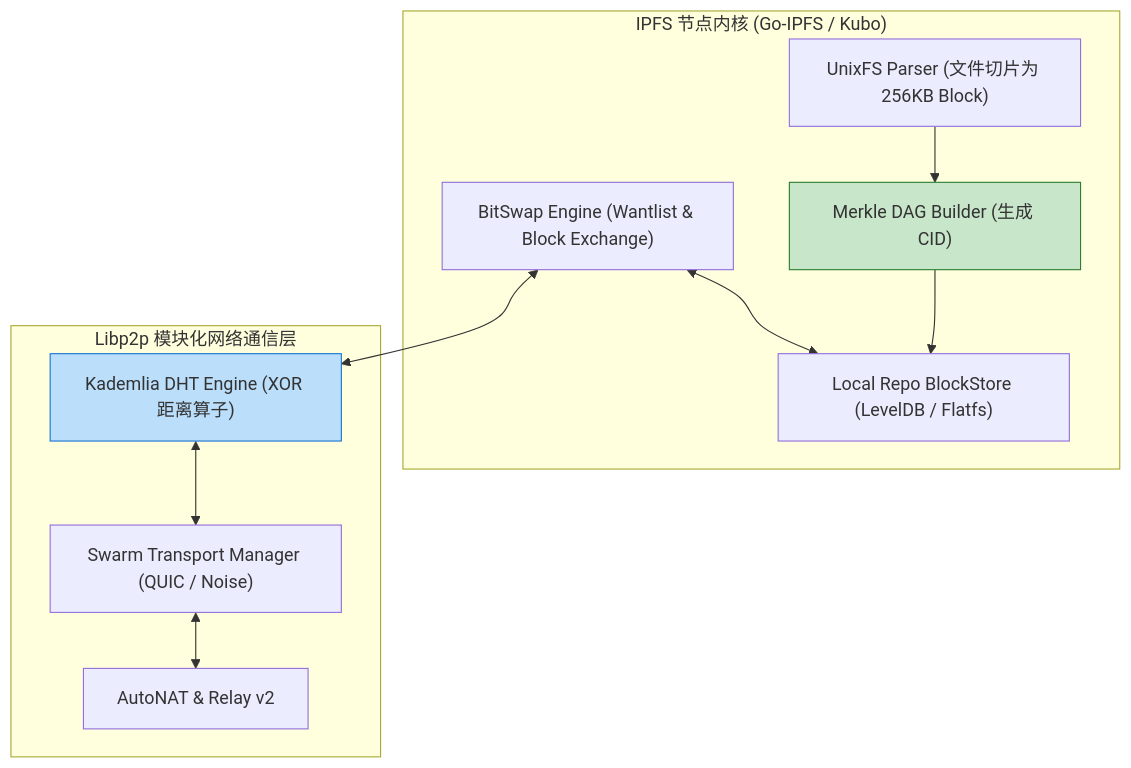
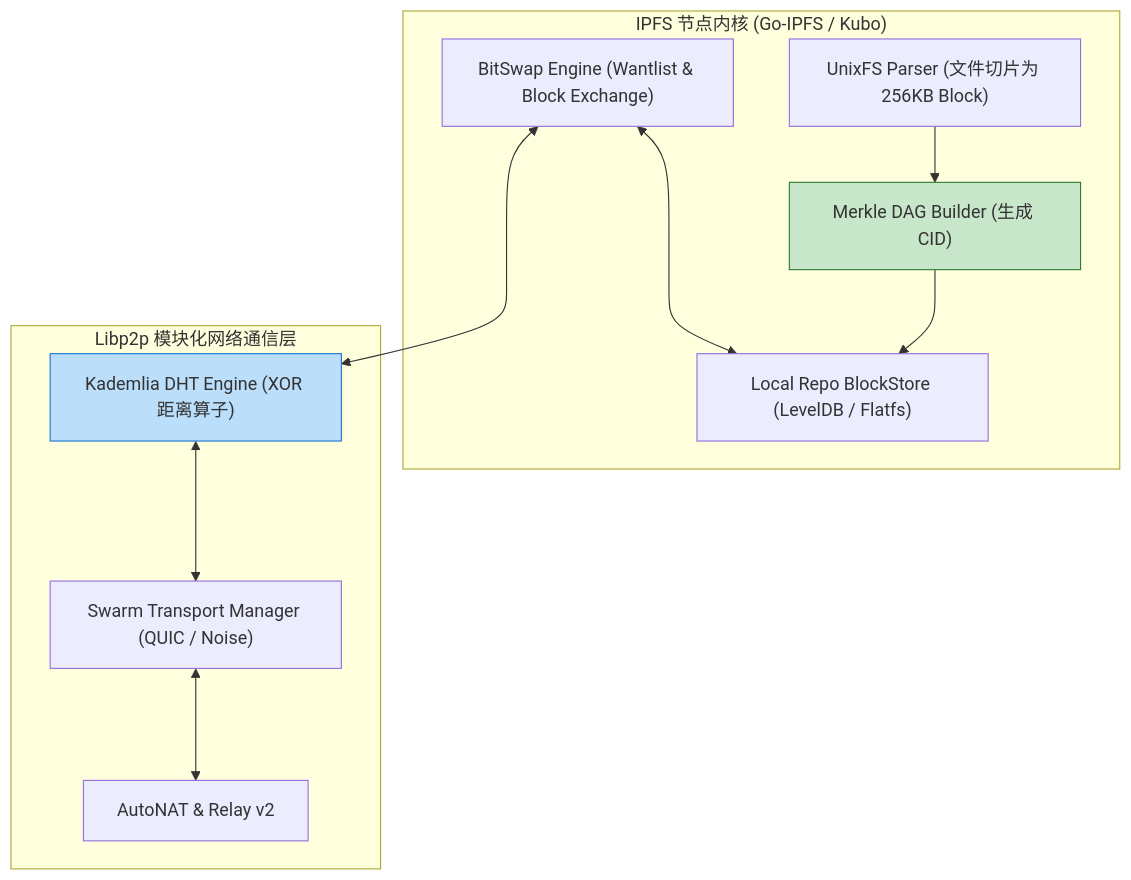
The fourth of 6 diagrams in docs/atlas/ipfs-libp2p.mdx (koosai/AI-Architect-Learning), drawn with Mermaid before and after one commit. The commit also changed other lines of this file and 68 other files, not shown here.

Commit message:
fix(atlas): fix browser client-side Mermaid rendering for mindmaps and flowcharts across 67 case studies

````diff
--- a/docs/atlas/ipfs-libp2p.mdx
+++ b/docs/atlas/ipfs-libp2p.mdx
@@ -125,25 +125,25 @@
 ```mermaid
 graph TB
   subgraph IPFSLocalNode["IPFS 节点内核 (Go-IPFS / Kubo)"]
     UnixFSParser["UnixFS Parser (文件切片为 256KB Block)"]
     MerkleTreeBuilder["Merkle DAG Builder (生成 CID)"]
     BitSwapEngine["BitSwap Engine (Wantlist & Block Exchange)"]
     RepoBlockStore["Local Repo BlockStore (LevelDB / Flatfs)"]
   end
 
   subgraph Libp2pNetworkStack["Libp2p 模块化网络通信层"]
     KadDHTEngine["Kademlia DHT Engine (XOR 距离算子)"]
     SwarmManager["Swarm Transport Manager (QUIC / Noise)"]
     RelayNAT["AutoNAT & Relay v2"]
   end
 
   UnixFSParser --> MerkleTreeBuilder --> RepoBlockStore
-  BitSwapEngine <--> RepoBlockStore
+  BitSwapEngine <---> RepoBlockStore
   
-  BitSwapEngine <--> KadDHTEngine
-  KadDHTEngine <--> SwarmManager
-  SwarmManager <--> RelayNAT
+  BitSwapEngine <---> KadDHTEngine
+  KadDHTEngine <---> SwarmManager
+  SwarmManager <---> RelayNAT
 
   style MerkleTreeBuilder fill:#c8e6c9,stroke:#2e7d32
   style KadDHTEngine fill:#bbdefb,stroke:#1976d2
 ```
````
